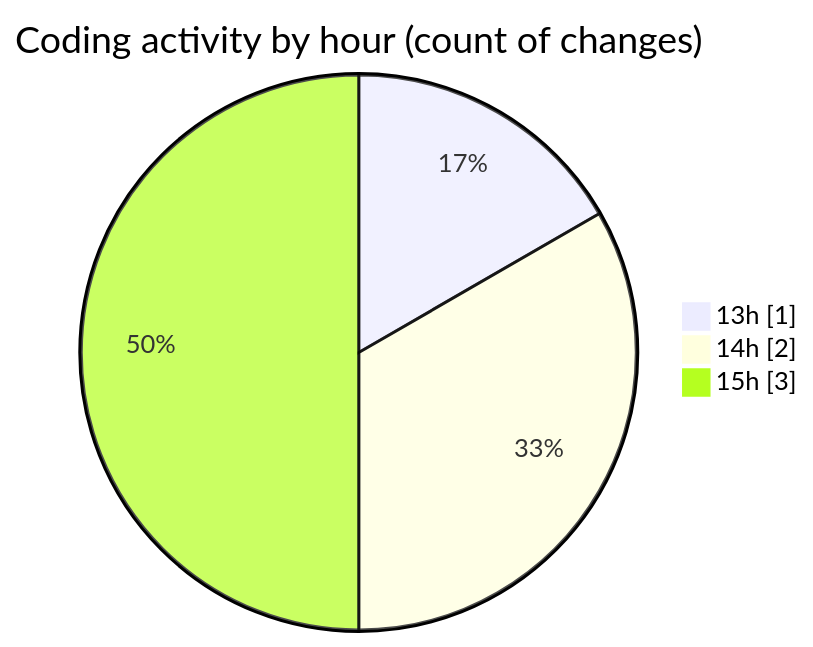
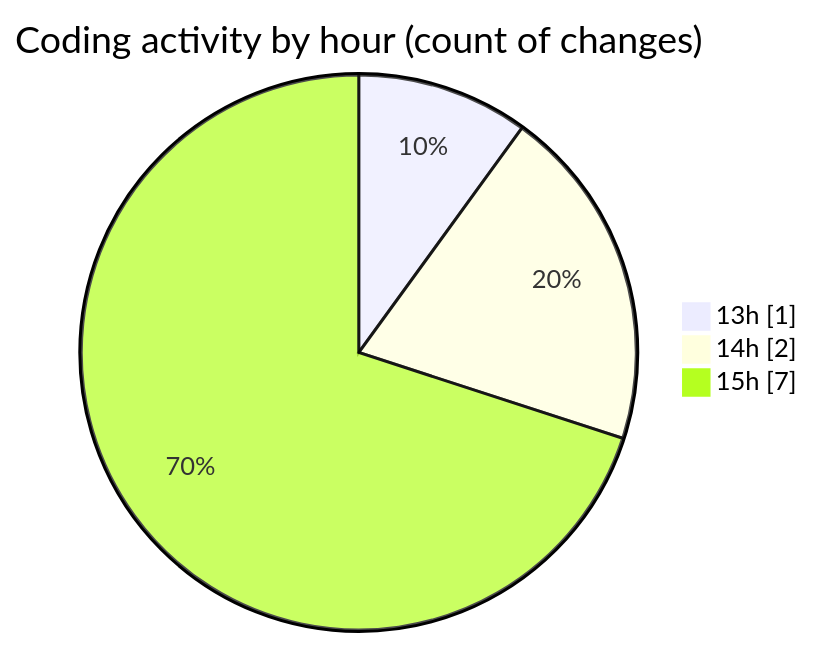
Before and after one commit to nxtqubesakshisongat/code-tracking: the second of 2 diagrams in 2025-12-04/nxtqube_webapp/README.md, drawn with Mermaid. The commit also changed other lines of this file and 1 other file, not shown here.

````diff
--- a/2025-12-04/nxtqube_webapp/README.md
+++ b/2025-12-04/nxtqube_webapp/README.md
@@ -29,7 +29,7 @@
 ```mermaid
 pie showData
 title Coding activity by hour (count of changes)
 "13h" : 1
 "14h" : 2
-"15h" : 3
+"15h" : 7
 ```
````
